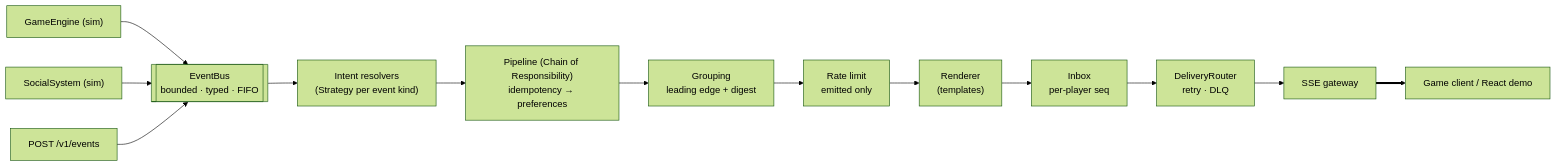
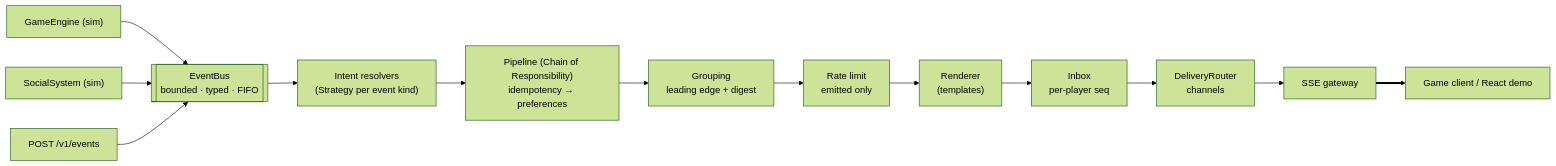
The diagram in README.md (SarthakB11/gamenotify), drawn with Mermaid (forest theme) before and after one commit. The commit also changed other lines of this file and 5 other files, not shown here.

````diff
--- a/README.md
+++ b/README.md
@@ -162,11 +160,11 @@
 ```mermaid
 flowchart LR
   GE["GameEngine (sim)"] --> BUS[["EventBus<br/>bounded · typed · FIFO"]]
   SS["SocialSystem (sim)"] --> BUS
   API["POST /v1/events"] --> BUS
   BUS --> R["Intent resolvers<br/>(Strategy per event kind)"]
   R --> P["Pipeline (Chain of Responsibility)<br/>idempotency → preferences"]
   P --> G["Grouping<br/>leading edge + digest"] --> L["Rate limit<br/>emitted only"]
-  L --> RN["Renderer<br/>(templates)"] --> IB["Inbox<br/>per-player seq"] --> D["DeliveryRouter<br/>retry · DLQ"]
+  L --> RN["Renderer<br/>(templates)"] --> IB["Inbox<br/>per-player seq"] --> D["DeliveryRouter<br/>channels"]
   D --> SSE["SSE gateway"] ==> C["Game client / React demo"]
 ```
````
